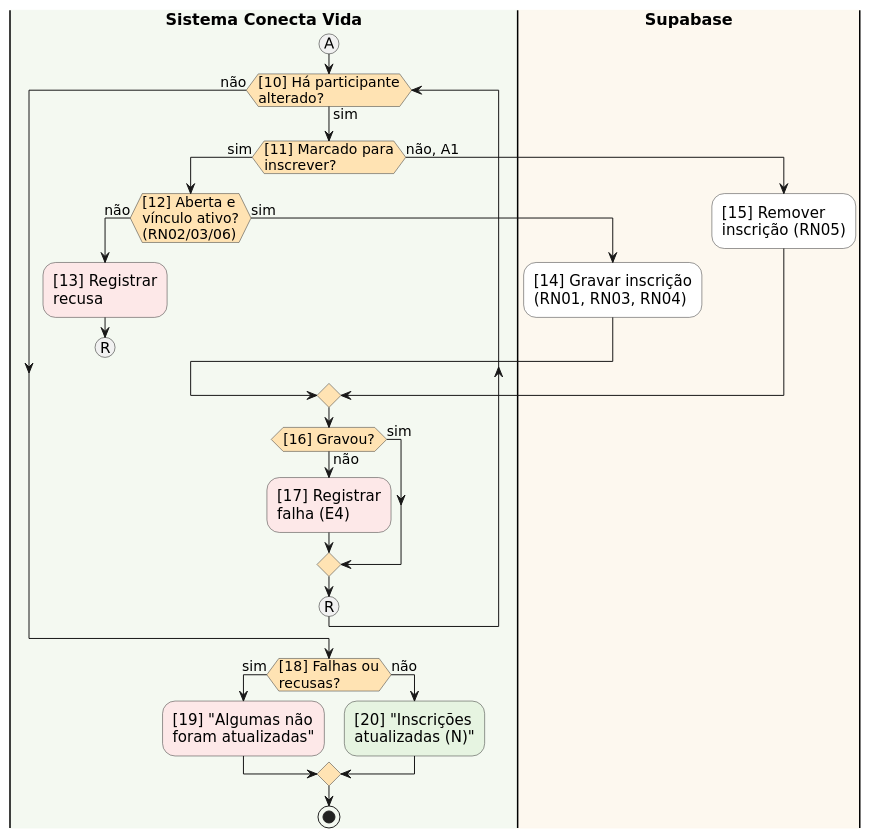
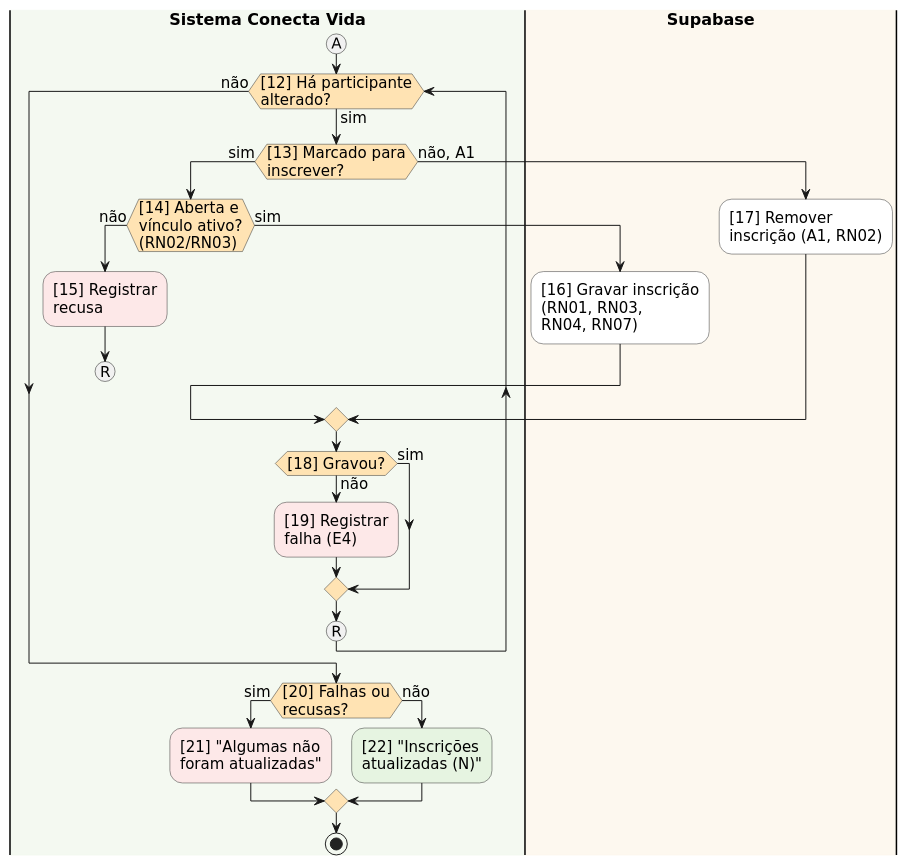
The diagram in qualidade/diagramas/ex04_atividades_parte2.puml (Conecta-Vida/Conecta-Vida-Mobile), drawn with PlantUML before and after one commit. The commit also changed 13 other files, not shown here.

```diff
--- a/qualidade/diagramas/ex04_atividades_parte2.puml
+++ b/qualidade/diagramas/ex04_atividades_parte2.puml
@@ -1,46 +1,46 @@
 @startuml ex04_atividades_uml_parte2
 ' Exercício 4 (parte 2) - Diagrama de Atividades (UML) com raias - UC03 Inscrever-se em campanha.
 ' Os números [n] são os nós do Grafo de Fluxo de Controle (Figura 4).
 skinparam defaultFontName DejaVu Sans
 skinparam defaultFontSize 15
 skinparam ActivityBackgroundColor #FFFFFF
 skinparam ActivityBorderColor #333333
 skinparam ActivityDiamondBackgroundColor #FFE3B3
-skinparam ActivityDiamondFontSize 14
-skinparam ArrowFontSize 14
+skinparam ActivityDiamondFontSize 15
+skinparam ArrowFontSize 15
 skinparam SwimlaneTitleFontStyle bold
 skinparam SwimlaneTitleFontSize 16
 
 |#F4F9F1|Sistema Conecta Vida|
 |#FDF8EF|Supabase|
 |Sistema Conecta Vida|
 (A)
-while ([10] Há participante\nalterado?) is (sim)
-  if ([11] Marcado para\ninscrever?) then (sim)
-    if ([12] Aberta e\nvínculo ativo?\n(RN02/03/06)) then (não)
-      #FDE8E8:[13] Registrar\nrecusa;
+while ([12] Há participante\nalterado?) is (sim)
+  if ([13] Marcado para\ninscrever?) then (sim)
+    if ([14] Aberta e\nvínculo ativo?\n(RN02/RN03)) then (não)
+      #FDE8E8:[15] Registrar\nrecusa;
       (R)
       detach
     else (sim)
       |Supabase|
-      :[14] Gravar inscrição\n(RN01, RN03, RN04);
+      :[16] Gravar inscrição\n(RN01, RN03,\nRN04, RN07);
       |Sistema Conecta Vida|
     endif
   else (não, A1)
     |Supabase|
-    :[15] Remover\ninscrição (RN05);
+    :[17] Remover\ninscrição (A1, RN02);
     |Sistema Conecta Vida|
   endif
-  if ([16] Gravou?) then (não)
-    #FDE8E8:[17] Registrar\nfalha (E4);
+  if ([18] Gravou?) then (não)
+    #FDE8E8:[19] Registrar\nfalha (E4);
   else (sim)
   endif
   (R)
 endwhile (não)
-if ([18] Falhas ou\nrecusas?) then (sim)
-  #FDE8E8:[19] "Algumas não\nforam atualizadas";
+if ([20] Falhas ou\nrecusas?) then (sim)
+  #FDE8E8:[21] "Algumas não\nforam atualizadas";
 else (não)
-  #E6F4E1:[20] "Inscrições\natualizadas (N)";
+  #E6F4E1:[22] "Inscrições\natualizadas (N)";
 endif
 stop
 @enduml
```
